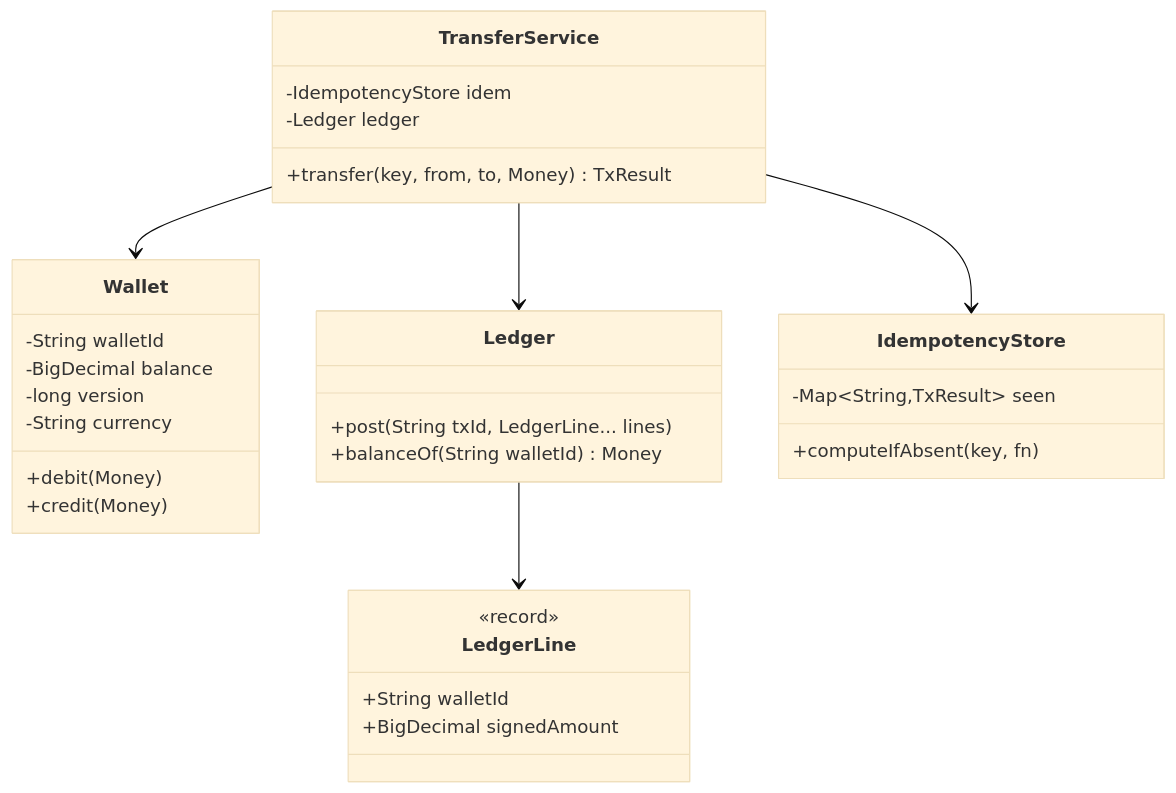
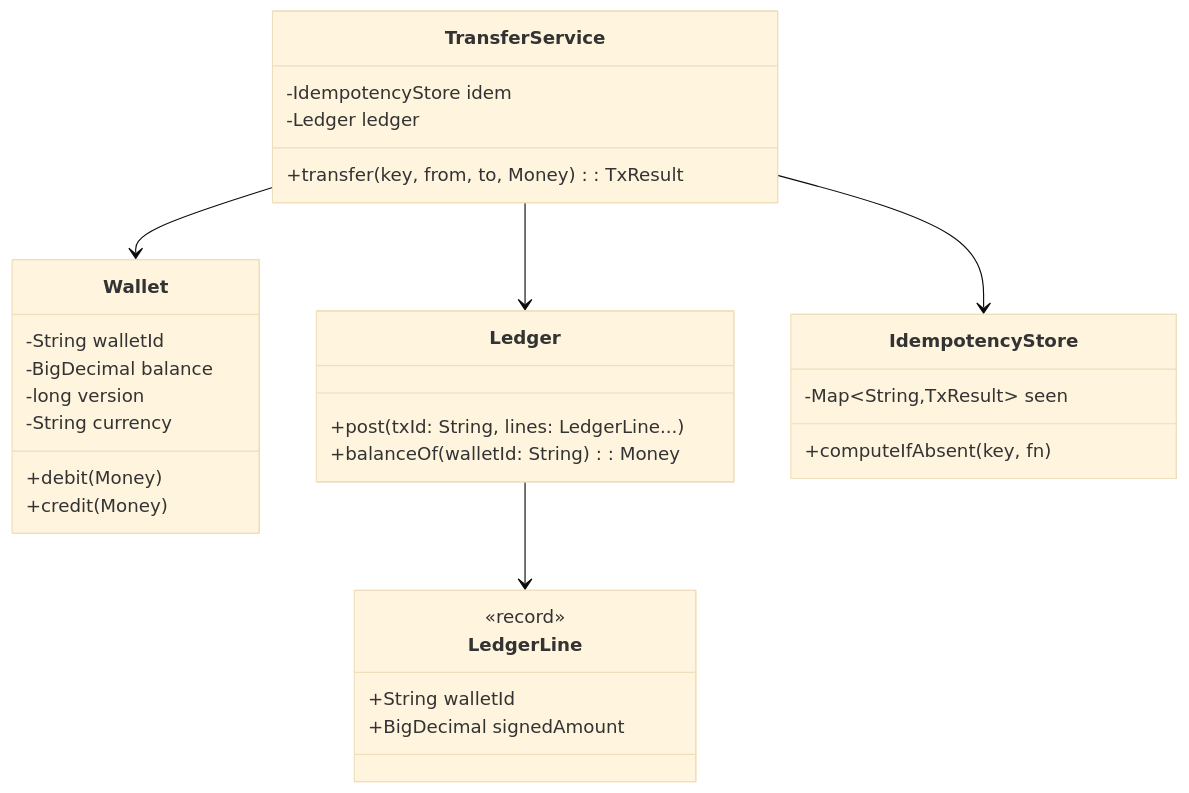
One commit to iamitgupta/system-design-LLD-basic changed diagram 32 of 59 in Readme.md. Above: the diagram before and after it, drawn with Mermaid (base theme). The commit also changed other lines of this file, not shown here.

````diff
--- a/Readme.md
+++ b/Readme.md
@@ -3318,33 +4099,33 @@
 ```mermaid
 classDiagram
  class Wallet {
  -String walletId
  -BigDecimal balance
  -long version
  -String currency
  +debit(Money)
  +credit(Money)
  }
  class Ledger {
- +post(String txId, LedgerLine... lines)
- +balanceOf(String walletId) Money
+ +post(txId: String, lines: LedgerLine...)
+ +balanceOf(walletId: String): Money
  }
  class LedgerLine {
  <<record>>
  +String walletId
  +BigDecimal signedAmount
  }
  class TransferService {
  -IdempotencyStore idem
  -Ledger ledger
- +transfer(key, from, to, Money) TxResult
+ +transfer(key, from, to, Money): TxResult
  }
  class IdempotencyStore {
  -Map~String,TxResult~ seen
  +computeIfAbsent(key, fn)
  }
  TransferService --> Wallet
  TransferService --> Ledger
  TransferService --> IdempotencyStore
  Ledger --> LedgerLine
 ```
````
